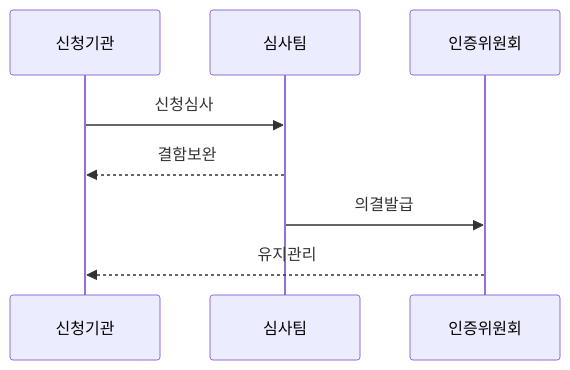
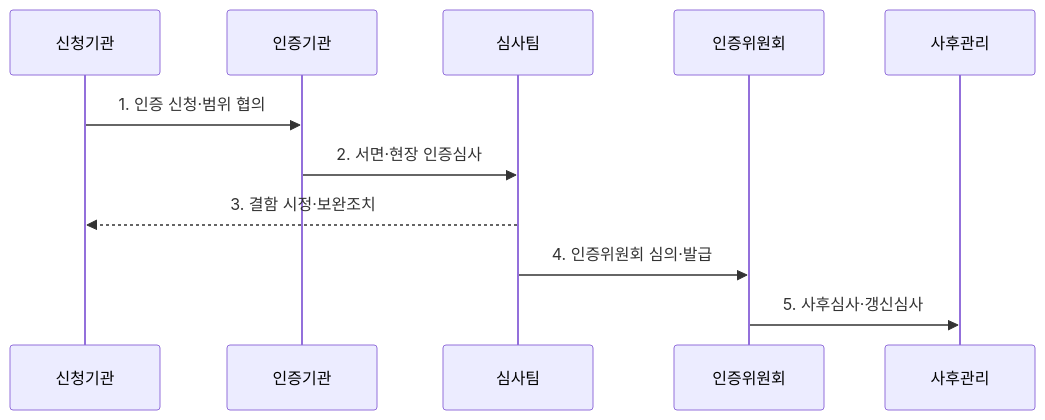
One commit to agnusdei1207/knowledge-base changed the second of 2 diagrams in src/content/docs/notes/05-security/104_isms_p_certification_process.md. Above: the diagram before and after it, drawn with Mermaid. The commit also changed other lines of this file and 6 other files, not shown here.

````diff
--- a/src/content/docs/notes/05-security/104_isms_p_certification_process.md
+++ b/src/content/docs/notes/05-security/104_isms_p_certification_process.md
@@ -77,10 +77,13 @@
 ```mermaid
 sequenceDiagram
   participant O as 신청기관
+  participant A as 인증기관
   participant T as 심사팀
   participant C as 인증위원회
-  O->>T: 신청심사
-  T-->>O: 결함보완
-  T->>C: 의결발급
-  C-->>O: 유지관리
+  participant M as 사후관리
+  O->>A: 1. 인증 신청·범위 협의
+  A->>T: 2. 서면·현장 인증심사
+  T-->>O: 3. 결함 시정·보완조치
+  T->>C: 4. 인증위원회 심의·발급
+  C->>M: 5. 사후심사·갱신심사
 ```
````
